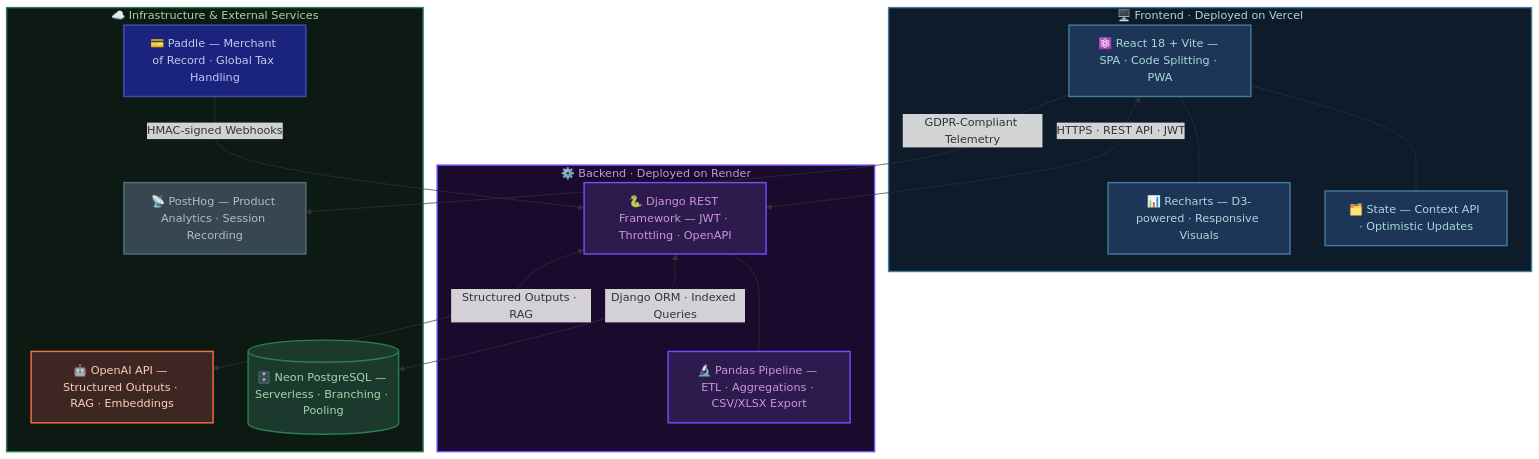
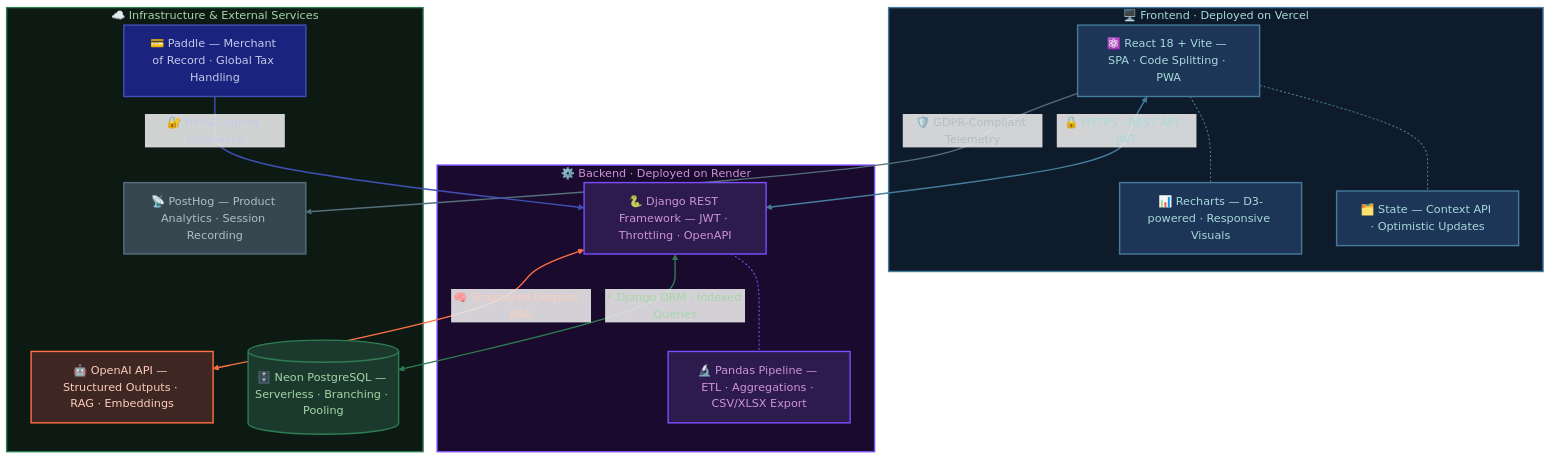
One commit to ravion223/brio-ai-showcase changed the diagram in README.md. Above: the diagram before and after it, drawn with Mermaid.

Commit message:
docs(readme): style architecture diagram connections and labels

````diff
--- a/README.md
+++ b/README.md
@@ -53,50 +53,59 @@
 ```mermaid
 graph TD
 
     subgraph FE["🖥️ Frontend · Deployed on Vercel"]
         React["⚛️ React 18 + Vite — SPA · Code Splitting · PWA"]
         State["🗂️ State — Context API · Optimistic Updates"]
         Charts["📊 Recharts — D3-powered · Responsive Visuals"]
         React --- State
         React --- Charts
     end
 
     subgraph BE["⚙️ Backend · Deployed on Render"]
         Django["🐍 Django REST Framework — JWT · Throttling · OpenAPI"]
         Pandas["🔬 Pandas Pipeline — ETL · Aggregations · CSV/XLSX Export"]
         Django --- Pandas
     end
 
     subgraph INFRA["☁️ Infrastructure & External Services"]
         DB[("🗄️ Neon PostgreSQL — Serverless · Branching · Pooling")]
         OpenAI["🤖 OpenAI API — Structured Outputs · RAG · Embeddings"]
         Paddle["💳 Paddle — Merchant of Record · Global Tax Handling"]
         PostHog["📡 PostHog — Product Analytics · Session Recording"]
     end
 
-    React <-->|HTTPS · REST API · JWT| Django
-    React -->|GDPR-Compliant Telemetry| PostHog
-    Django <-->|Django ORM · Indexed Queries| DB
-    Django <-->|Structured Outputs · RAG| OpenAI
-    Paddle -->|HMAC-signed Webhooks| Django
+    React <-->|🔒 HTTPS · REST API · JWT| Django
+    React -->|🛡️ GDPR-Compliant Telemetry| PostHog
+    Django <-->|⚡ Django ORM · Indexed Queries| DB
+    Django <-->|🧠 Structured Outputs · RAG| OpenAI
+    Paddle -->|🔐 HMAC-signed Webhooks| Django
 
     %% ── Node Styles ─────────────────────────────────────────────
     classDef frontendNode  fill:#1d3557,stroke:#457b9d,stroke-width:2px,color:#a8dadc
     classDef backendNode   fill:#2d1b4e,stroke:#7c4dff,stroke-width:2px,color:#ce93d8
     classDef dbNode        fill:#1b3a2d,stroke:#2e7d52,stroke-width:2px,color:#a5d6a7
     classDef aiNode        fill:#3e2723,stroke:#ff7043,stroke-width:2px,color:#ffccbc
     classDef paymentsNode  fill:#1a237e,stroke:#3f51b5,stroke-width:2px,color:#c5cae9
     classDef analyticsNode fill:#37474f,stroke:#546e7a,stroke-width:2px,color:#b0bec5
 
     class React,State,Charts frontendNode
     class Django,Pandas backendNode
     class DB dbNode
     class OpenAI aiNode
     class Paddle paymentsNode
     class PostHog analyticsNode
 
     %% ── Subgraph Styles ─────────────────────────────────────────
     style FE    fill:#0d1b2a,stroke:#457b9d,stroke-width:2px,color:#a8dadc
     style BE    fill:#1a0a2e,stroke:#7c4dff,stroke-width:2px,color:#ce93d8
     style INFRA fill:#0d1a14,stroke:#2e7d52,stroke-width:2px,color:#a5d6a7
+
+    %% ── Link Styles ─────────────────────────────────────────────
+    linkStyle 0,1 stroke:#457b9d,stroke-width:1.5px,stroke-dasharray: 3 3
+    linkStyle 2   stroke:#7c4dff,stroke-width:1.5px,stroke-dasharray: 3 3
+    linkStyle 3   stroke:#457b9d,stroke-width:2px,color:#a8dadc
+    linkStyle 4   stroke:#546e7a,stroke-width:2px,color:#b0bec5
+    linkStyle 5   stroke:#2e7d52,stroke-width:2px,color:#a5d6a7
+    linkStyle 6   stroke:#ff7043,stroke-width:2px,color:#ffccbc
+    linkStyle 7   stroke:#3f51b5,stroke-width:2px,color:#c5cae9
 ```
````
